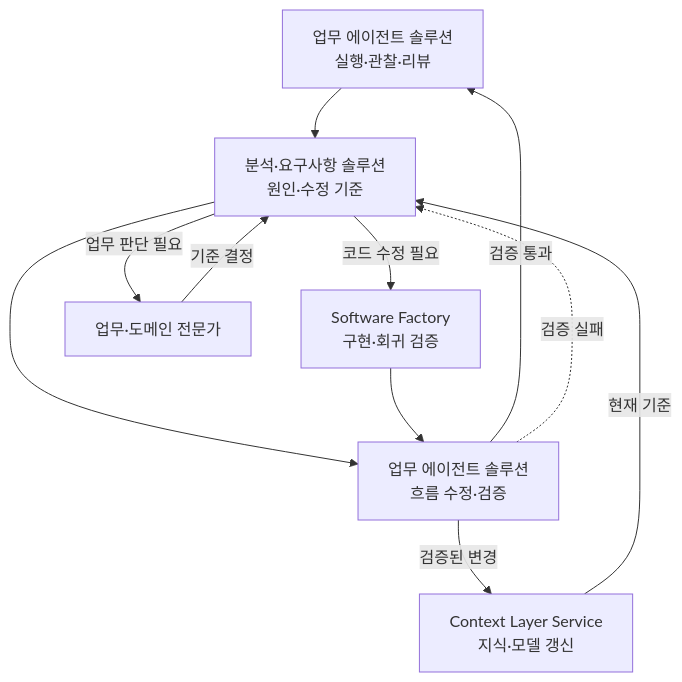
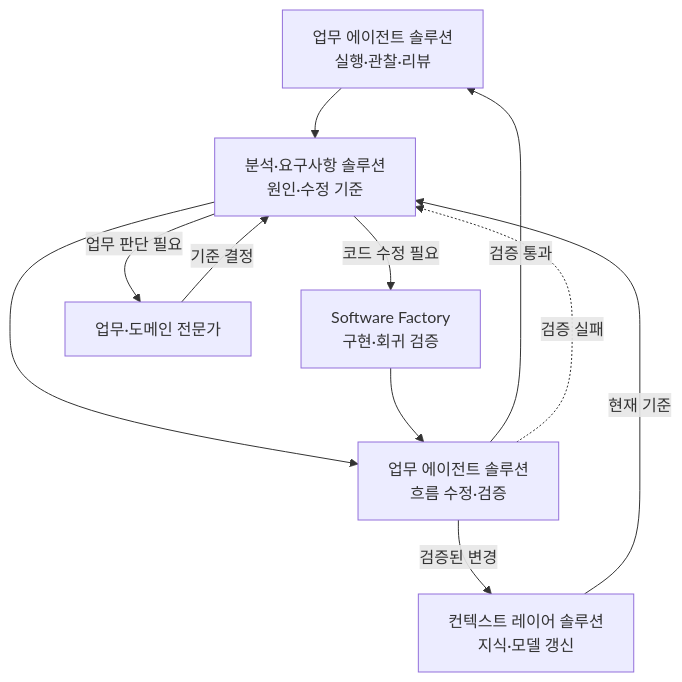
The sixth of 6 diagrams in _posts/2026-11-05-enterprise-wide-ax-essentials.md (haandol/haandol.github.com), drawn with Mermaid before and after one commit. The commit also changed other lines of this file and 2 other files, not shown here.

````diff
--- a/_posts/2026-11-05-enterprise-wide-ax-essentials.md
+++ b/_posts/2026-11-05-enterprise-wide-ax-essentials.md
@@ -290,13 +290,13 @@
 ```mermaid
 flowchart TB
   A["업무 에이전트 솔루션<br/>실행·관찰·리뷰"] --> R["분석·요구사항 솔루션<br/>원인·수정 기준"]
   R --> W["업무 에이전트 솔루션<br/>흐름 수정·검증"]
   R -->|"코드 수정 필요"| F["Software Factory<br/>구현·회귀 검증"]
   F --> W
   W -->|"검증 통과"| A
-  W -->|"검증된 변경"| K["Context Layer Service<br/>지식·모델 갱신"]
+  W -->|"검증된 변경"| K["컨텍스트 레이어 솔루션<br/>지식·모델 갱신"]
   K -->|"현재 기준"| R
   R -->|"업무 판단 필요"| O["업무·도메인 전문가"]
   O -->|"기준 결정"| R
   W -.->|"검증 실패"| R
 ```
````
